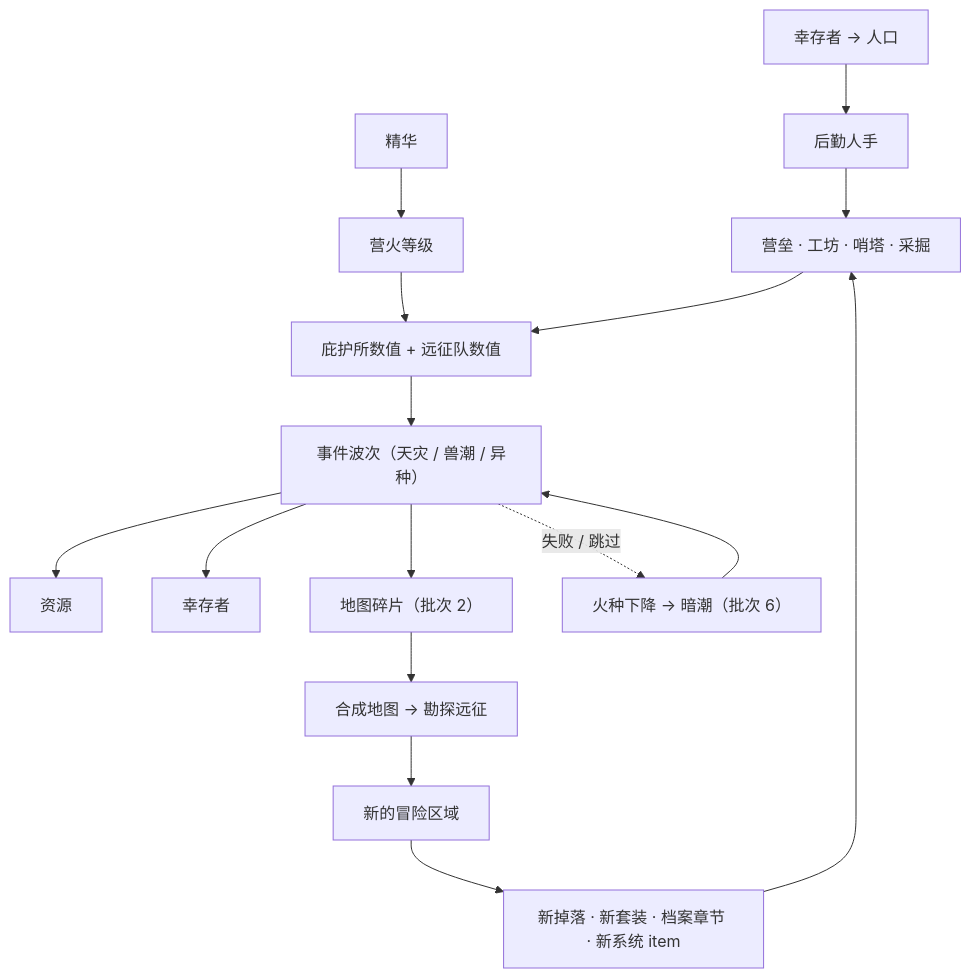
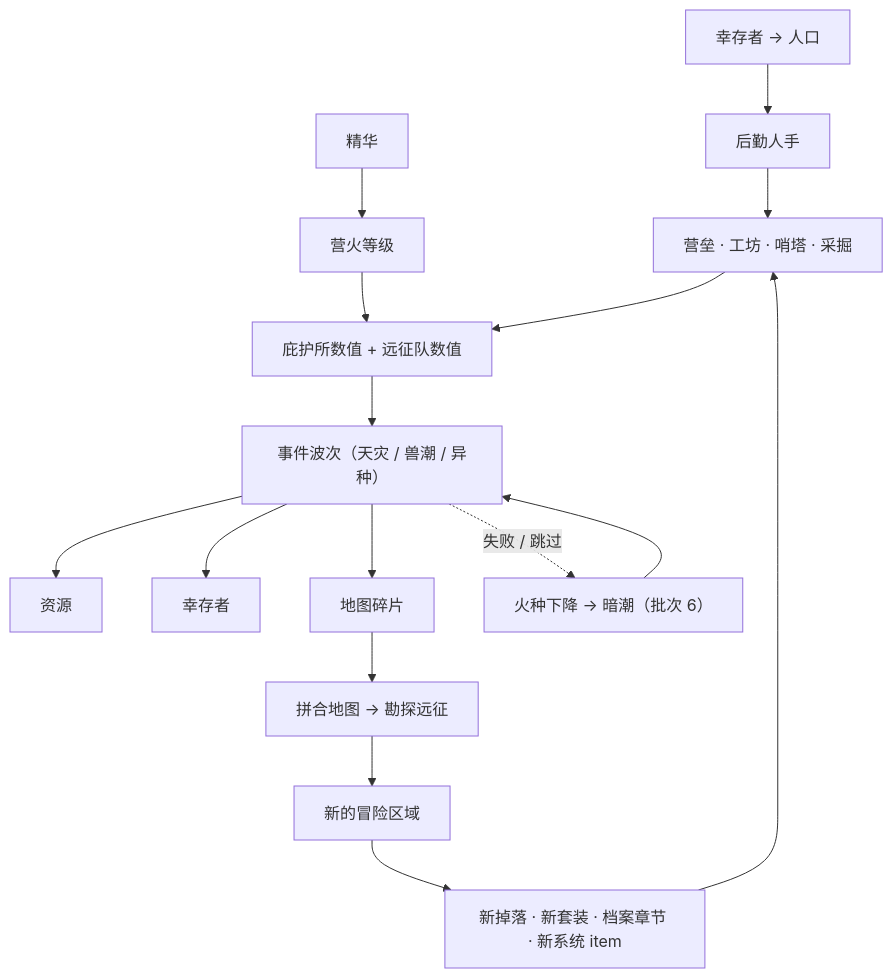
Before and after one commit to Leager-zju/WebIdle: the diagram in 庇护所扩展方案.md, drawn with Mermaid. The commit also changed other lines of this file and 18 other files, not shown here.

````diff
--- a/庇护所扩展方案.md
+++ b/庇护所扩展方案.md
@@ -62,18 +62,18 @@
 ```mermaid
 flowchart TD
   P["幸存者 → 人口"] --> L["后勤人手"]
   L --> B["营垒 · 工坊 · 哨塔 · 采掘"]
   E["精华"] --> F["营火等级"]
   F --> S["庇护所数值 + 远征队数值"]
   B --> S
   S --> W["事件波次（天灾 / 兽潮 / 异种）"]
   W --> R1["资源"]
   W --> R2["幸存者"]
-  W --> R3["地图碎片（批次 2）"]
-  R3 --> M["合成地图 → 勘探远征"]
+  W --> R3["地图碎片"]
+  R3 --> M["拼合地图 → 勘探远征"]
   M --> Z["新的冒险区域"]
   Z --> D["新掉落 · 新套装 · 档案章节 · 新系统 item"]
   D --> B
   W -. "失败 / 跳过" .-> X["火种下降 → 暗潮（批次 6）"]
   X --> W
 ```
````
